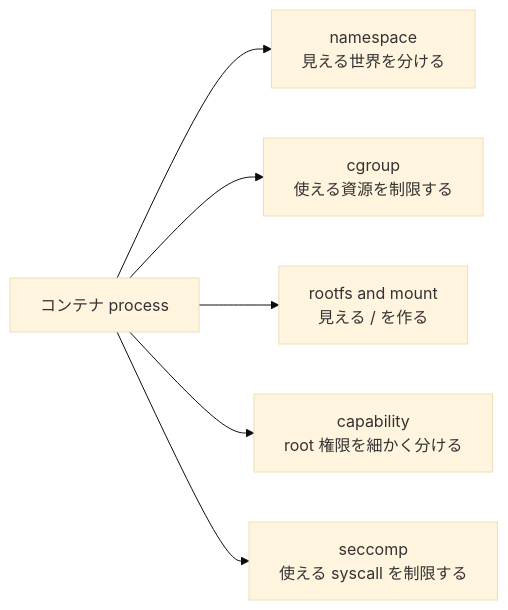
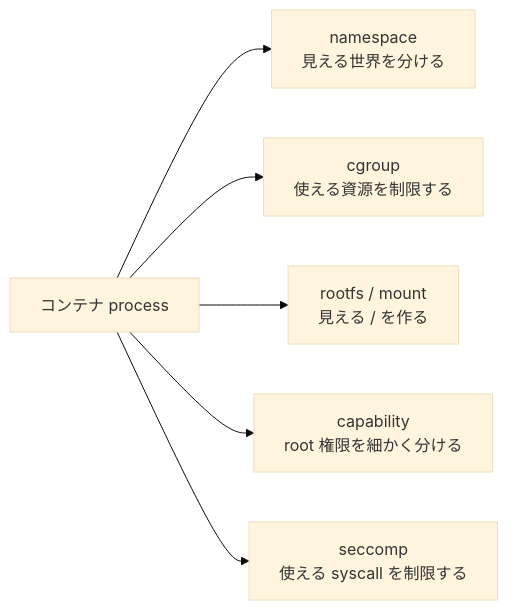
Before and after one commit to HukuKaich0u/learning-linux-and-container-for-youki: the third of 3 diagrams in docs/container-internals/01-overview.md, drawn with Mermaid (base theme). The commit also changed other lines of this file and 11 other files, not shown here.

Commit message:
コンテナ技術の導入とMermaid表示を改善

````diff
--- a/docs/container-internals/01-overview.md
+++ b/docs/container-internals/01-overview.md
@@ -155,14 +157,14 @@
 ```mermaid
 flowchart LR
   A[コンテナ process]
-  B[namespace<br>見える世界を分ける]
-  C[cgroup<br>使える資源を制限する]
-  D[rootfs and mount<br>見える / を作る]
-  E[capability<br>root 権限を細かく分ける]
-  F[seccomp<br>使える syscall を制限する]
+  B["namespace<br/>見える世界を分ける"]
+  C["cgroup<br/>使える資源を制限する"]
+  D["rootfs / mount<br/>見える / を作る"]
+  E["capability<br/>root 権限を細かく分ける"]
+  F["seccomp<br/>使える syscall を制限する"]
   A --> B
   A --> C
   A --> D
   A --> E
   A --> F
 ```
````
